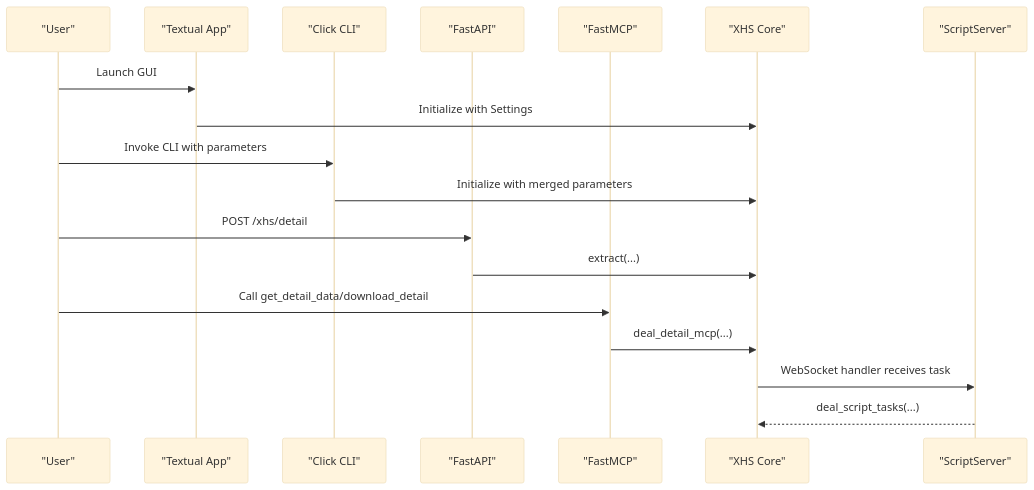
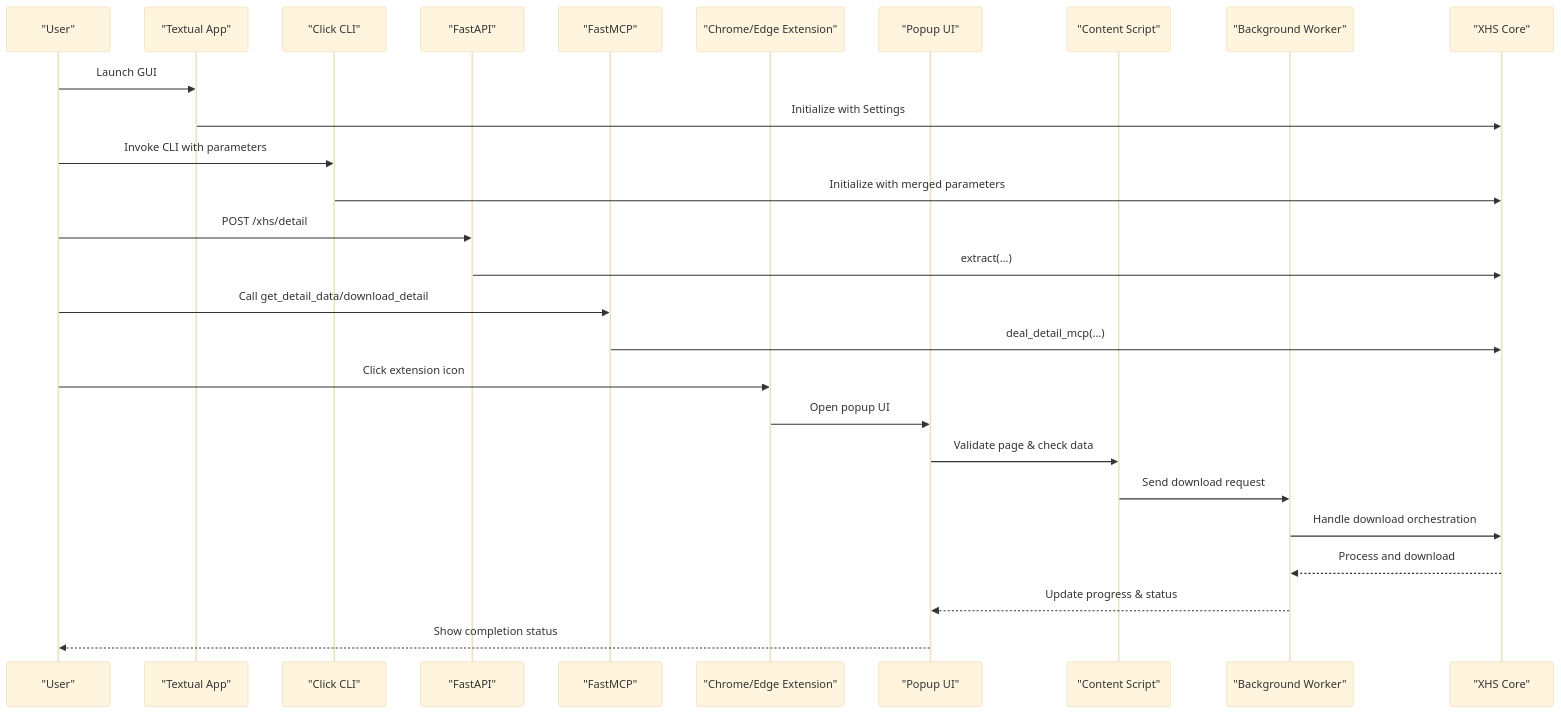
Before and after one commit to KY-2000/XHS-Downloader: the second of 9 diagrams in .qoder/repowiki/en/content/User Interfaces/User Interfaces.md, drawn with Mermaid (base theme). The commit also changed other lines of this file and 3 other files, not shown here.

````diff
--- a/.qoder/repowiki/en/content/User Interfaces/User Interfaces.md
+++ b/.qoder/repowiki/en/content/User Interfaces/User Interfaces.md
@@ -127,20 +144,29 @@
 ```mermaid
 sequenceDiagram
 participant User as "User"
 participant GUI as "Textual App"
 participant CLI as "Click CLI"
 participant API as "FastAPI"
 participant MCP as "FastMCP"
+participant Ext as "Chrome/Edge Extension"
+participant Popup as "Popup UI"
+participant Content as "Content Script"
+participant Background as "Background Worker"
 participant Core as "XHS Core"
-participant Script as "ScriptServer"
 User->>GUI : Launch GUI
 GUI->>Core : Initialize with Settings
 User->>CLI : Invoke CLI with parameters
 CLI->>Core : Initialize with merged parameters
 User->>API : POST /xhs/detail
 API->>Core : extract(...)
 User->>MCP : Call get_detail_data/download_detail
 MCP->>Core : deal_detail_mcp(...)
-Core->>Script : WebSocket handler receives task
-Script-->>Core : deal_script_tasks(...)
+User->>Ext : Click extension icon
+Ext->>Popup : Open popup UI
+Popup->>Content : Validate page & check data
+Content->>Background : Send download request
+Background->>Core : Handle download orchestration
+Core-->>Background : Process and download
+Background-->>Popup : Update progress & status
+Popup-->>User : Show completion status
 ```
````
